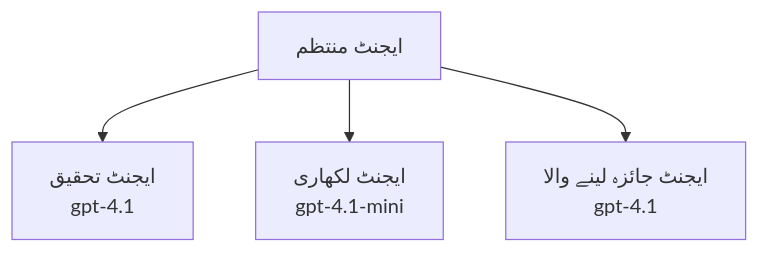
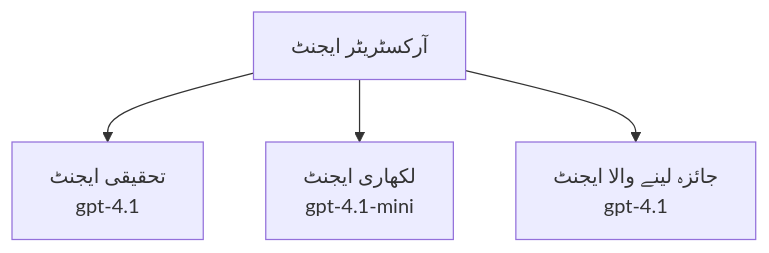
Before and after one commit to microsoft/AZD-for-beginners: the third of 3 diagrams in translations/ur/docs/chapter-02-ai-development/agents.md, drawn with Mermaid. The commit also changed other lines of this file and 104 other files, not shown here.

````diff
--- a/translations/ur/docs/chapter-02-ai-development/agents.md
+++ b/translations/ur/docs/chapter-02-ai-development/agents.md
@@ -194,6 +201,6 @@
 ```mermaid
 graph TD
-    Orchestrator[ایجنٹ منتظم] --> Research[ایجنٹ تحقیق<br/>gpt-4.1]
-    Orchestrator --> Writer[ایجنٹ لکھاری<br/>gpt-4.1-mini]
-    Orchestrator --> Reviewer[ایجنٹ جائزہ لینے والا<br/>gpt-4.1]
-```  
+    Orchestrator[آرکسٹریٹر ایجنٹ] --> Research[تحقیقی ایجنٹ<br/>gpt-4.1]
+    Orchestrator --> Writer[لکھاری ایجنٹ<br/>gpt-4.1-mini]
+    Orchestrator --> Reviewer[جائزہ لینے والا ایجنٹ<br/>gpt-4.1]
+```
````
